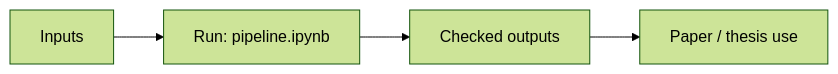
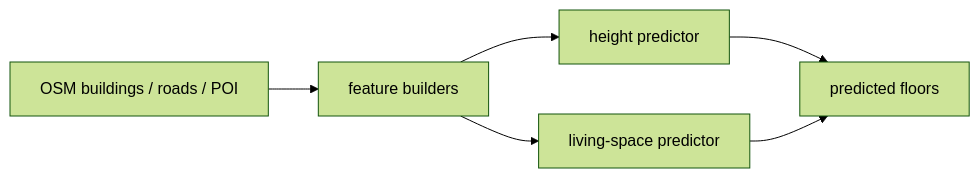
One commit to GeorgeKontsevik/floor-predictor changed the diagram in README.md. Above: the diagram before and after it, drawn with Mermaid (forest theme). The commit also changed other lines of this file and 2 other files, not shown here.

Commit message:
Improve README diagrams and project descriptions

````diff
--- a/README.md
+++ b/README.md
@@ -7,6 +7,8 @@
 ```mermaid
 flowchart LR
-    A[Inputs] --> B[Run: pipeline.ipynb]
-    B --> C[Checked outputs]
-    C --> D[Paper / thesis use]
+    OSM[OSM buildings / roads / POI] --> FEATURES[feature builders]
+    FEATURES --> HEIGHT[height predictor]
+    FEATURES --> LIVING[living-space predictor]
+    HEIGHT --> OUT[predicted floors]
+    LIVING --> OUT
 ```
````
